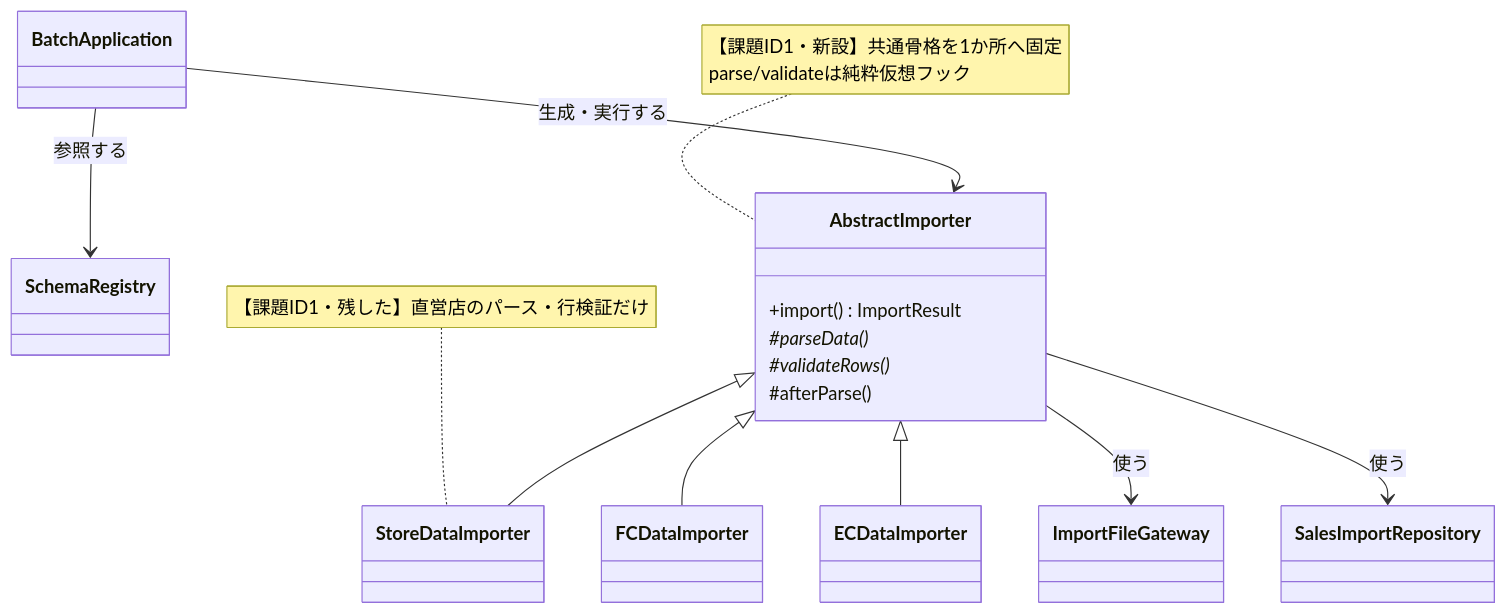
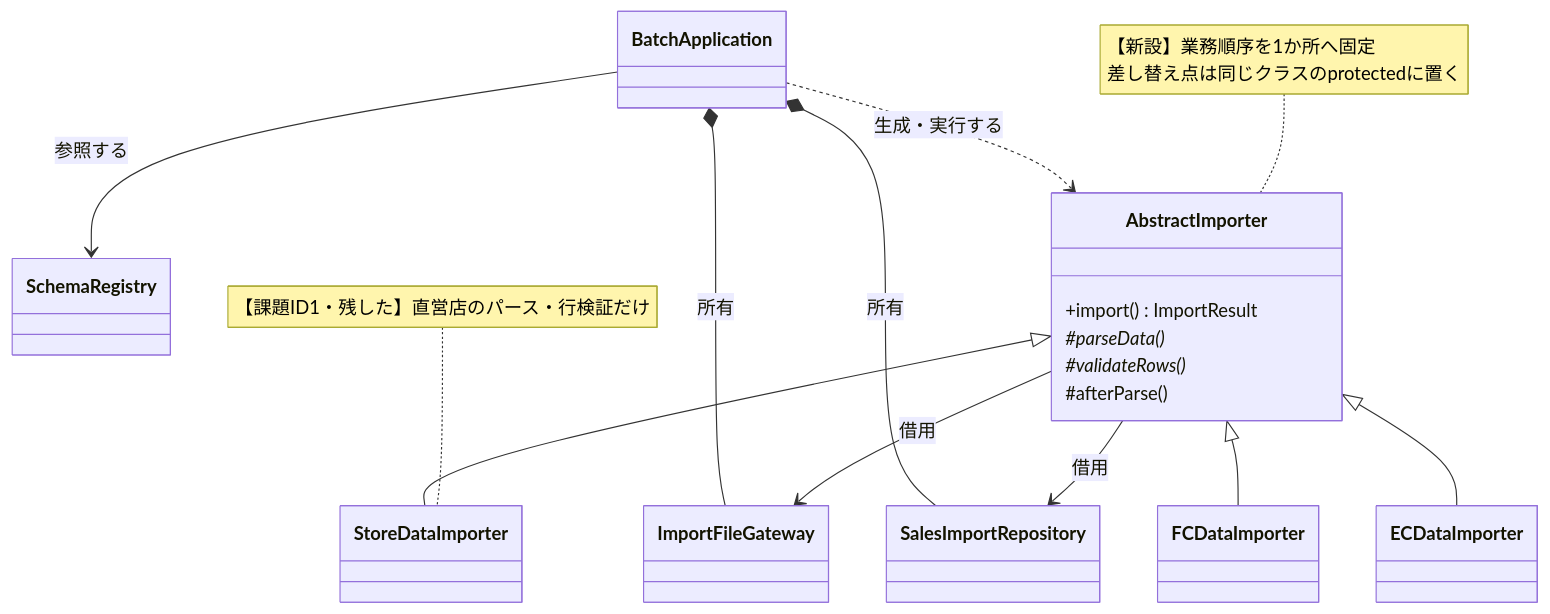
Diagram 12 of 19 in kindle/design-patterns/output/chapter04.md (kumachan1101-pixel/DesignPattern), drawn with Mermaid before and after one commit. The commit also changed other lines of this file and 3 other files, not shown here.

````diff
--- a/kindle/design-patterns/output/chapter04.md
+++ b/kindle/design-patterns/output/chapter04.md
@@ -1891,31 +2062,33 @@
 ```mermaid
 classDiagram
     direction TB
     class SchemaRegistry
     class ImportFileGateway
     class SalesImportRepository
     class BatchApplication
     class AbstractImporter {
         +import() ImportResult
         #parseData()*
         #validateRows()*
         #afterParse()
     }
     class StoreDataImporter
     class FCDataImporter
     class ECDataImporter
 
     AbstractImporter <|-- StoreDataImporter
     AbstractImporter <|-- FCDataImporter
     AbstractImporter <|-- ECDataImporter
-    AbstractImporter --> ImportFileGateway : 使う
-    AbstractImporter --> SalesImportRepository : 使う
+    AbstractImporter --> ImportFileGateway : 借用
+    AbstractImporter --> SalesImportRepository : 借用
+    BatchApplication *-- ImportFileGateway : 所有
+    BatchApplication *-- SalesImportRepository : 所有
     BatchApplication --> SchemaRegistry : 参照する
-    BatchApplication --> AbstractImporter : 生成・実行する
+    BatchApplication ..> AbstractImporter : 生成・実行する
 
-    note for AbstractImporter "【課題ID1・新設】共通骨格を1か所へ固定<br/>parse/validateは純粋仮想フック"
+    note for AbstractImporter "【新設】業務順序を1か所へ固定<br/>差し替え点は同じクラスのprotectedに置く"
     note for StoreDataImporter "【課題ID1・残した】直営店のパース・行検証だけ"
 
     classDef focus fill:#FFF2CC,stroke:#D6B656,stroke-width:2px,color:#222222
     cssClass "AbstractImporter,StoreDataImporter,FCDataImporter,ECDataImporter" focus
 ```
````
